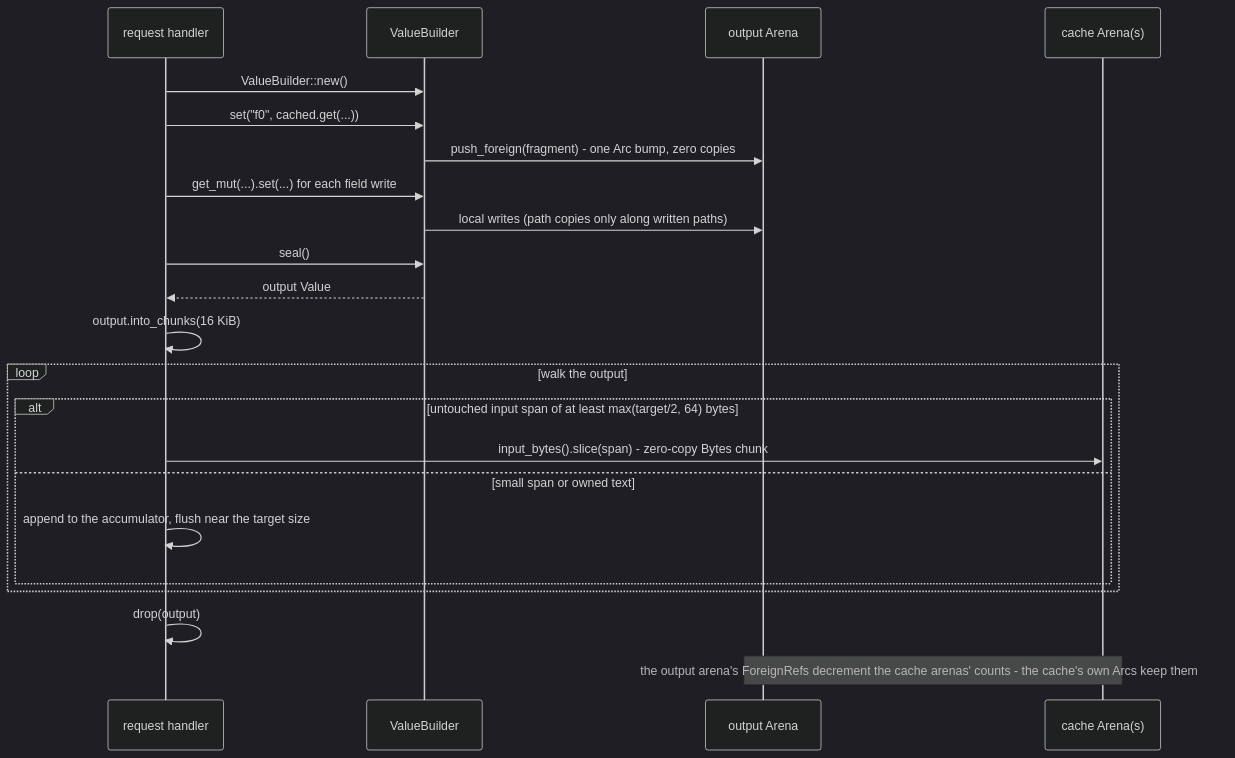
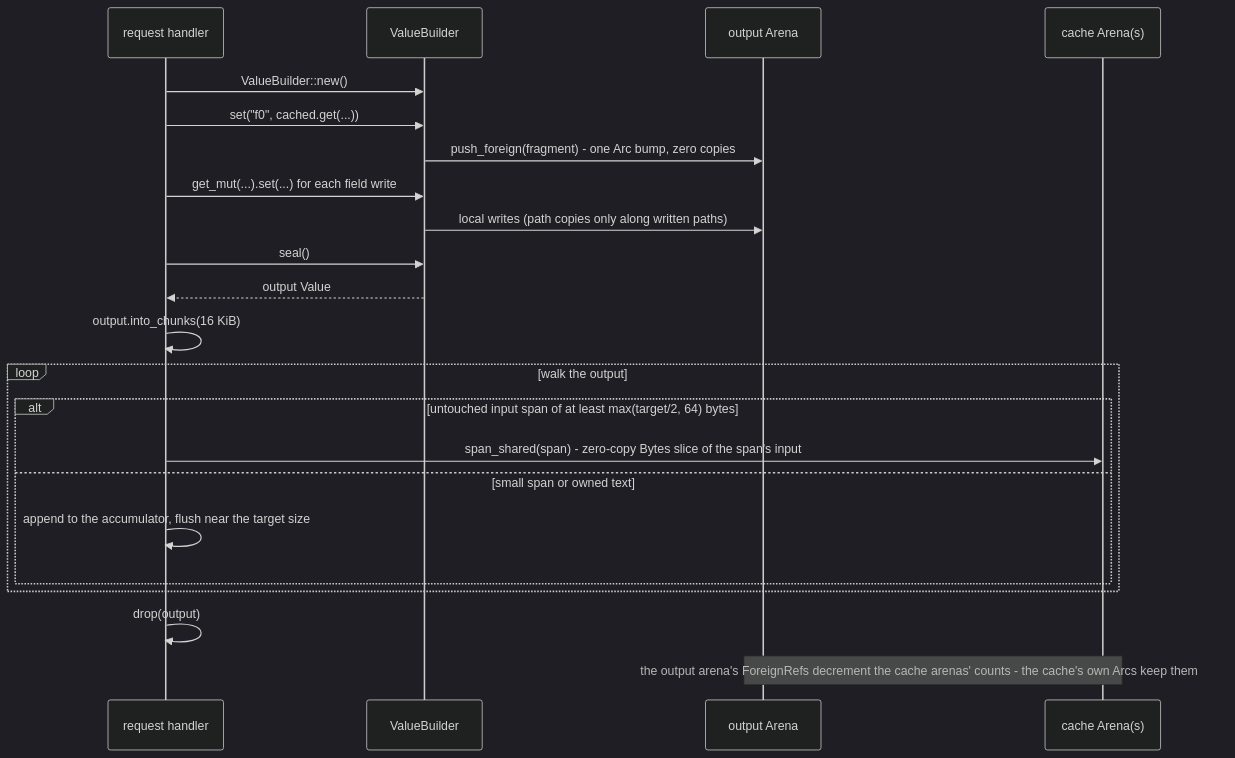
The ninth of 11 diagrams in vendored/apollo-json/DESIGN.md (apollographql/router), drawn with Mermaid (dark theme) before and after one commit. The commit also changed other lines of this file and 3 other files, not shown here.

````diff
--- a/vendored/apollo-json/DESIGN.md
+++ b/vendored/apollo-json/DESIGN.md
@@ -458,24 +527,24 @@
 ```mermaid
 sequenceDiagram
     participant R as request handler
     participant B as ValueBuilder
     participant O as output Arena
     participant C as cache Arena(s)
     R->>B: ValueBuilder::new()
     R->>B: set("f0", cached.get(...))
     B->>O: push_foreign(fragment) - one Arc bump, zero copies
     R->>B: get_mut(...).set(...) for each field write
     B->>O: local writes (path copies only along written paths)
     R->>B: seal()
     B-->>R: output Value
     R->>R: output.into_chunks(16 KiB)
     loop walk the output
         alt untouched input span of at least max(target/2, 64) bytes
-            R->>C: input_bytes().slice(span) - zero-copy Bytes chunk
+            R->>C: span_shared(span) - zero-copy Bytes slice of the span's input
         else small span or owned text
             R->>R: append to the accumulator, flush near the target size
         end
     end
     R->>R: drop(output)
     Note over O,C: the output arena's ForeignRefs decrement the cache arenas' counts - the cache's own Arcs keep them alive
 ```
````
